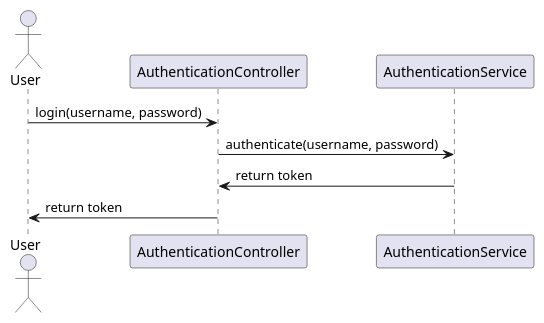
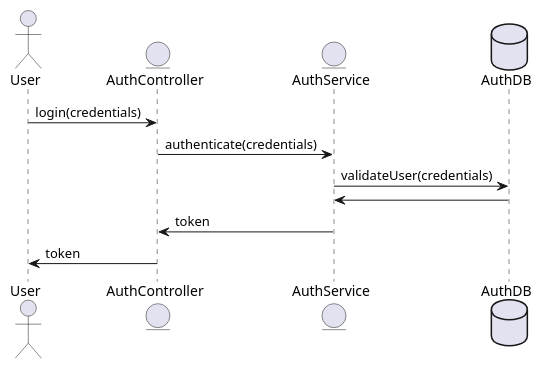
Before and after one commit to Dinesh-s95/AutoDoc.ai: the second of 4 diagrams in enrollment/documentation/detaileddesign.adoc, drawn with PlantUML. The commit also changed other lines of this file and 4 other files, not shown here.

```diff
--- a/enrollment/documentation/detaileddesign.adoc
+++ b/enrollment/documentation/detaileddesign.adoc
@@ -212,13 +191,16 @@
-[plantuml, authentication-sequence, png]
+[plantuml, authentication-flow, png]
 ----
 @startuml
-actor "User" as user
-participant "AuthenticationController" as authController
-participant "AuthenticationService" as authService
+actor User
+entity AuthController
+entity AuthService
+database AuthDB
 
-user -> authController : login(username, password)
-authController -> authService : authenticate(username, password)
-authService -> authController : return token
-authController -> user : return token
+User -> AuthController : login(credentials)
+AuthController -> AuthService : authenticate(credentials)
+AuthService -> AuthDB : validateUser(credentials)
+AuthDB -> AuthService
+AuthService -> AuthController : token
+AuthController -> User : token
 @enduml
 ----
```
